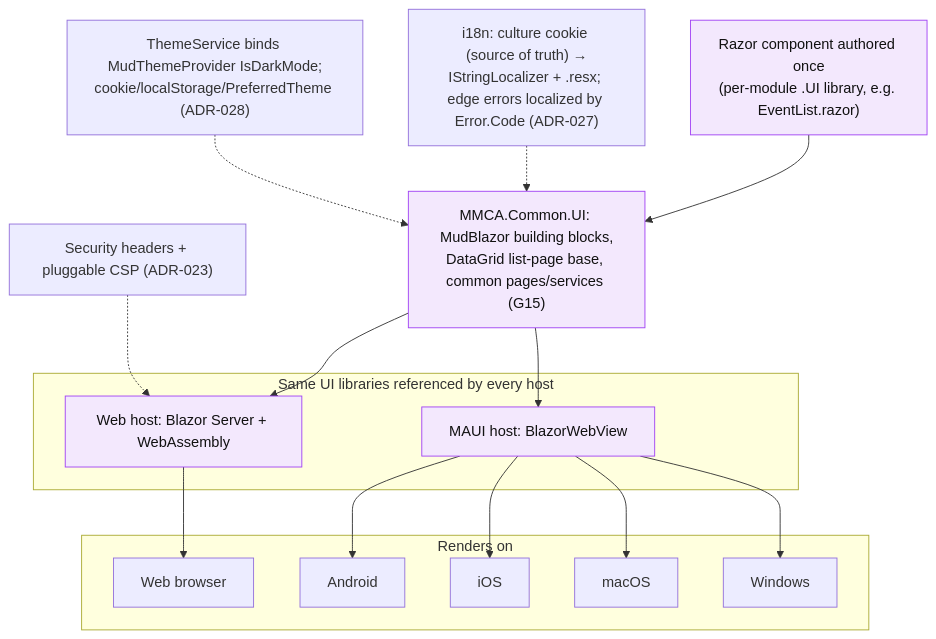
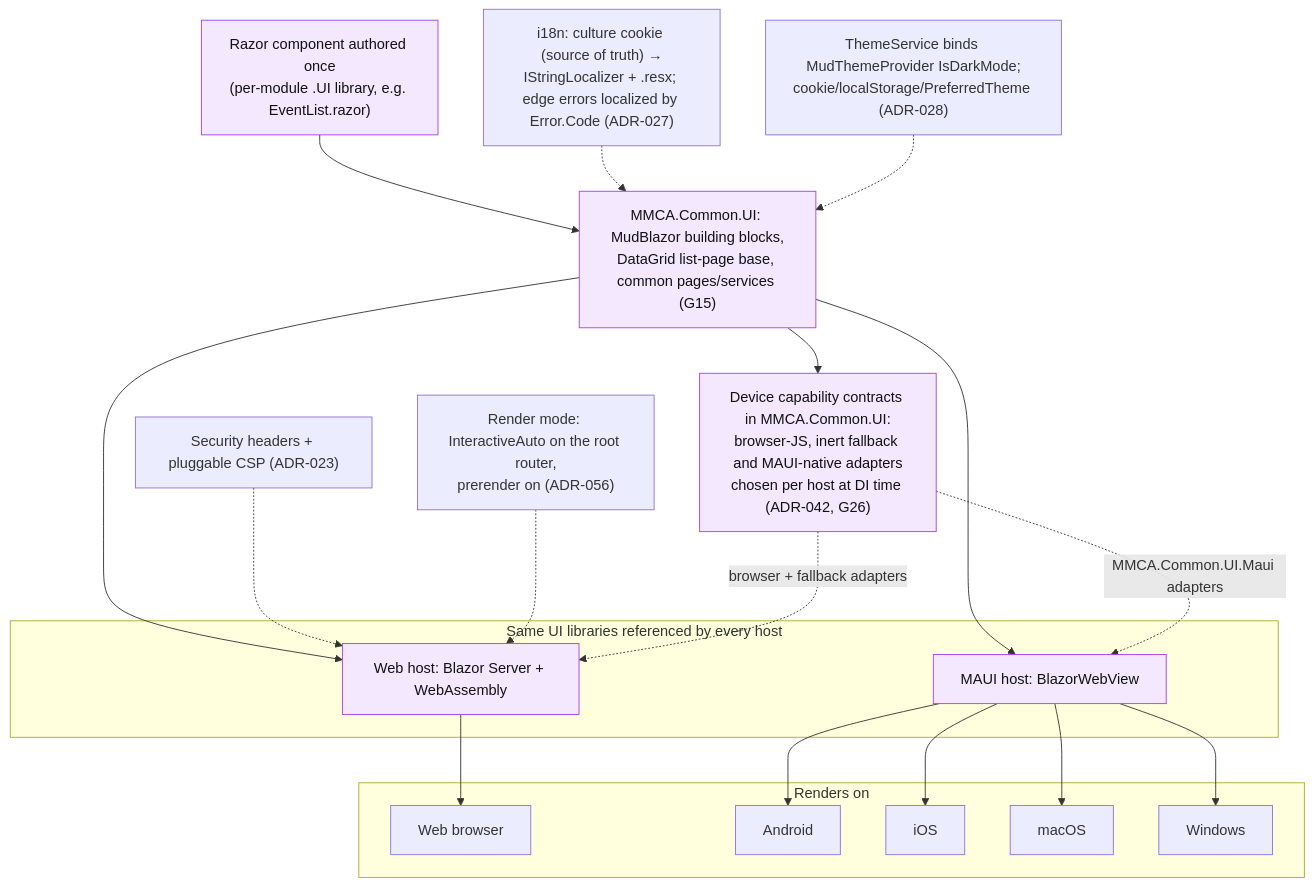
Diagram 11 of 15 in docs-src/onboarding/CONCEPT-MAPS.md (ivanball/ivanball.github.io), drawn with Mermaid before and after one commit. The commit also changed other lines of this file and 15 other files, not shown here.

````diff
--- a/docs-src/onboarding/CONCEPT-MAPS.md
+++ b/docs-src/onboarding/CONCEPT-MAPS.md
@@ -493,34 +563,40 @@
 ```mermaid
 flowchart TD
     PAGE["Razor component authored once<br/>(per-module .UI library, e.g. EventList.razor)"]
     COMMONUI["MMCA.Common.UI: MudBlazor building blocks,<br/>DataGrid list-page base, common pages/services (G15)"]
 
     subgraph HOSTS["Same UI libraries referenced by every host"]
         WEB["Web host: Blazor Server + WebAssembly"]
         MAUI["MAUI host: BlazorWebView"]
     end
 
     subgraph TARGETS["Renders on"]
         BROWSER["Web browser"]
         AND["Android"]
         IOS["iOS"]
         MAC["macOS"]
         WIN["Windows"]
     end
 
     I18N["i18n: culture cookie (source of truth) →<br/>IStringLocalizer + .resx; edge errors localized by Error.Code (ADR-027)"]
     THEME["ThemeService binds MudThemeProvider IsDarkMode;<br/>cookie/localStorage/PreferredTheme (ADR-028)"]
     CSP["Security headers + pluggable CSP (ADR-023)"]
+    RM["Render mode: InteractiveAuto on the root router,<br/>prerender on (ADR-056)"]
+    CAP["Device capability contracts in MMCA.Common.UI:<br/>browser-JS, inert fallback and MAUI-native adapters<br/>chosen per host at DI time (ADR-042, G26)"]
 
     PAGE --> COMMONUI
     COMMONUI --> WEB
     COMMONUI --> MAUI
     WEB --> BROWSER
     MAUI --> AND & IOS & MAC & WIN
     I18N -.-> COMMONUI
     THEME -.-> COMMONUI
     CSP -.-> WEB
+    RM -.-> WEB
+    COMMONUI --> CAP
+    CAP -.->|"browser + fallback adapters"| WEB
+    CAP -.->|"MMCA.Common.UI.Maui adapters"| MAUI
 
     classDef u fill:#f3e8fd,stroke:#a142f4,color:#111
-    class PAGE,COMMONUI,WEB,MAUI u
+    class PAGE,COMMONUI,WEB,MAUI,CAP u
 ```
````
